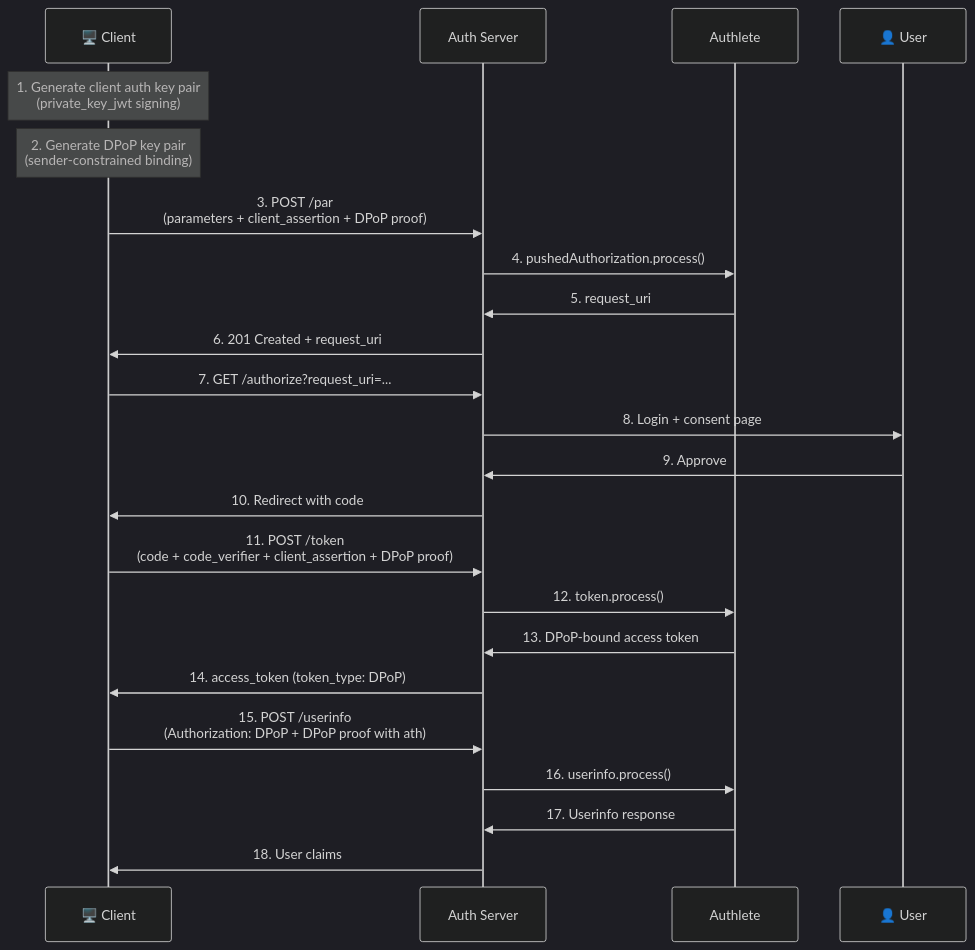
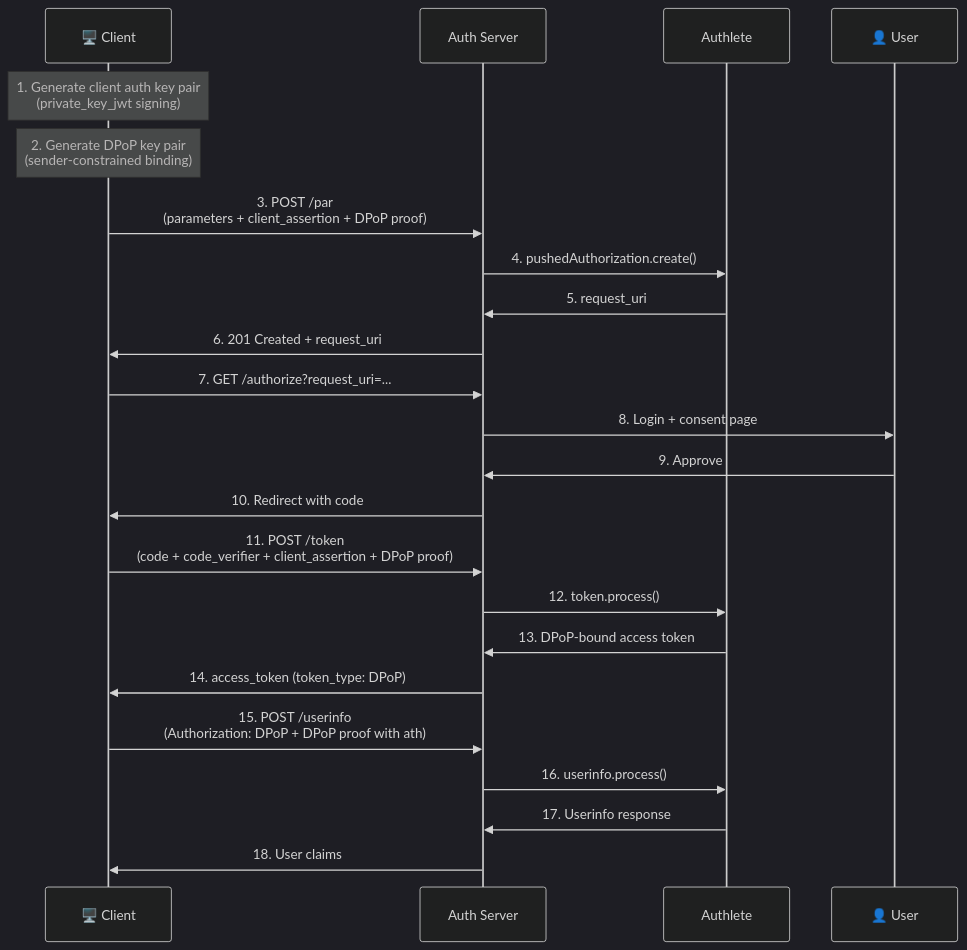
The seventh of 7 diagrams in docs/FAPI-TUTORIAL.md (blackadi/OAUTH2.0), drawn with Mermaid before and after one commit. The commit also changed other lines of this file, not shown here.

First line of the commit message:
docs(fapi): correct claims about the FAPI reporting endpoints, verified against Authlete

````diff
--- a/docs/FAPI-TUTORIAL.md
+++ b/docs/FAPI-TUTORIAL.md
@@ -278,31 +287,31 @@
 ```mermaid
 %%{init: {'theme': 'dark'}}%%
 sequenceDiagram
     participant Client as 🖥️ Client
     participant AS as Auth Server
     participant Authlete
     participant User as 👤 User
 
     Note over Client: 1. Generate client auth key pair<br/>(private_key_jwt signing)
     Note over Client: 2. Generate DPoP key pair<br/>(sender-constrained binding)
 
     Client->>AS: 3. POST /par<br/>(parameters + client_assertion + DPoP proof)
-    AS->>Authlete: 4. pushedAuthorization.process()
+    AS->>Authlete: 4. pushedAuthorization.create()
     Authlete->>AS: 5. request_uri
     AS->>Client: 6. 201 Created + request_uri
 
     Client->>AS: 7. GET /authorize?request_uri=...
     AS->>User: 8. Login + consent page
     User->>AS: 9. Approve
     AS->>Client: 10. Redirect with code
 
     Client->>AS: 11. POST /token<br/>(code + code_verifier + client_assertion + DPoP proof)
     AS->>Authlete: 12. token.process()
     Authlete->>AS: 13. DPoP-bound access token
     AS->>Client: 14. access_token (token_type: DPoP)
 
     Client->>AS: 15. POST /userinfo<br/>(Authorization: DPoP + DPoP proof with ath)
     AS->>Authlete: 16. userinfo.process()
     Authlete->>AS: 17. Userinfo response
     AS->>Client: 18. User claims
 ```
````
